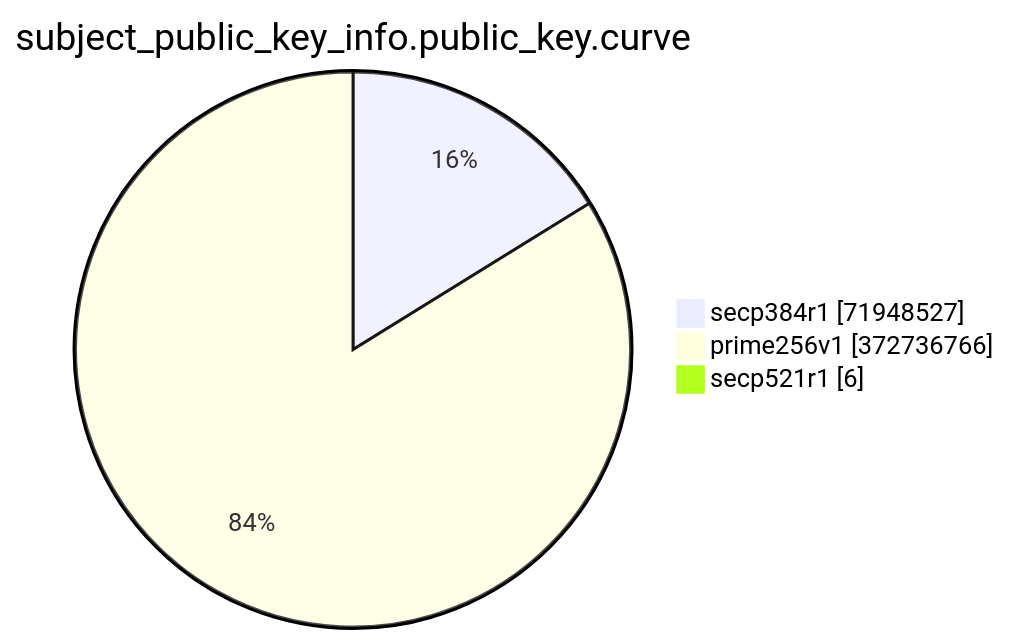
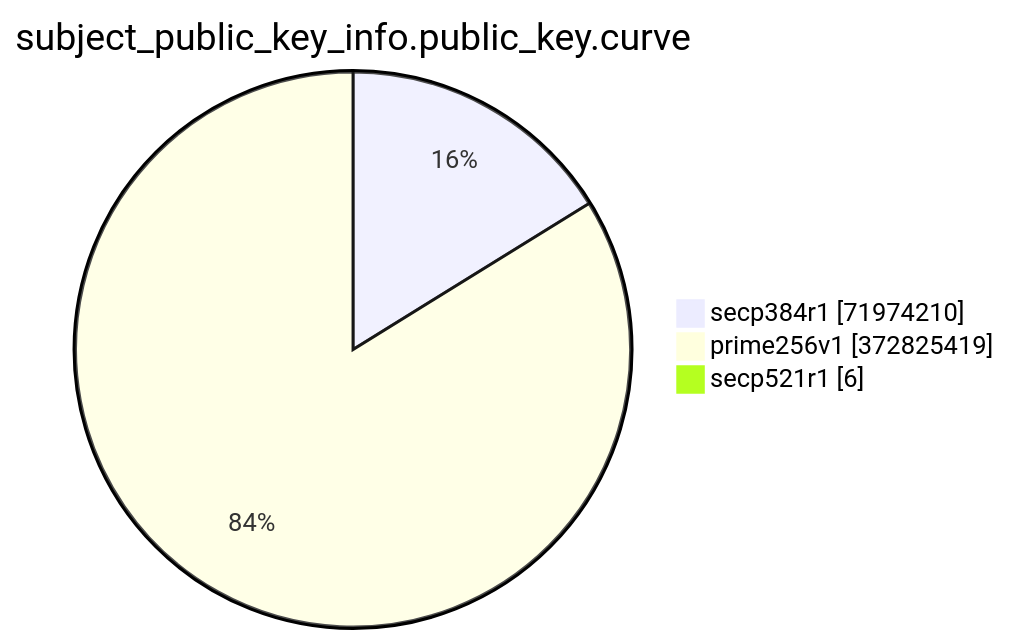
The eighth of 15 diagrams in TOTAL/README.md (christiankrug/ctmonitor_visualization), drawn with Mermaid before and after one commit. The commit also changed other lines of this file, not shown here.

````diff
--- a/TOTAL/README.md
+++ b/TOTAL/README.md
@@ -3094,7 +3094,7 @@
 ```mermaid
 pie showData
 title subject_public_key_info.public_key.curve
-"secp384r1" :71948527
-"prime256v1" :372736766
+"secp384r1" :71974210
+"prime256v1" :372825419
 "secp521r1" :6
 ```
````
